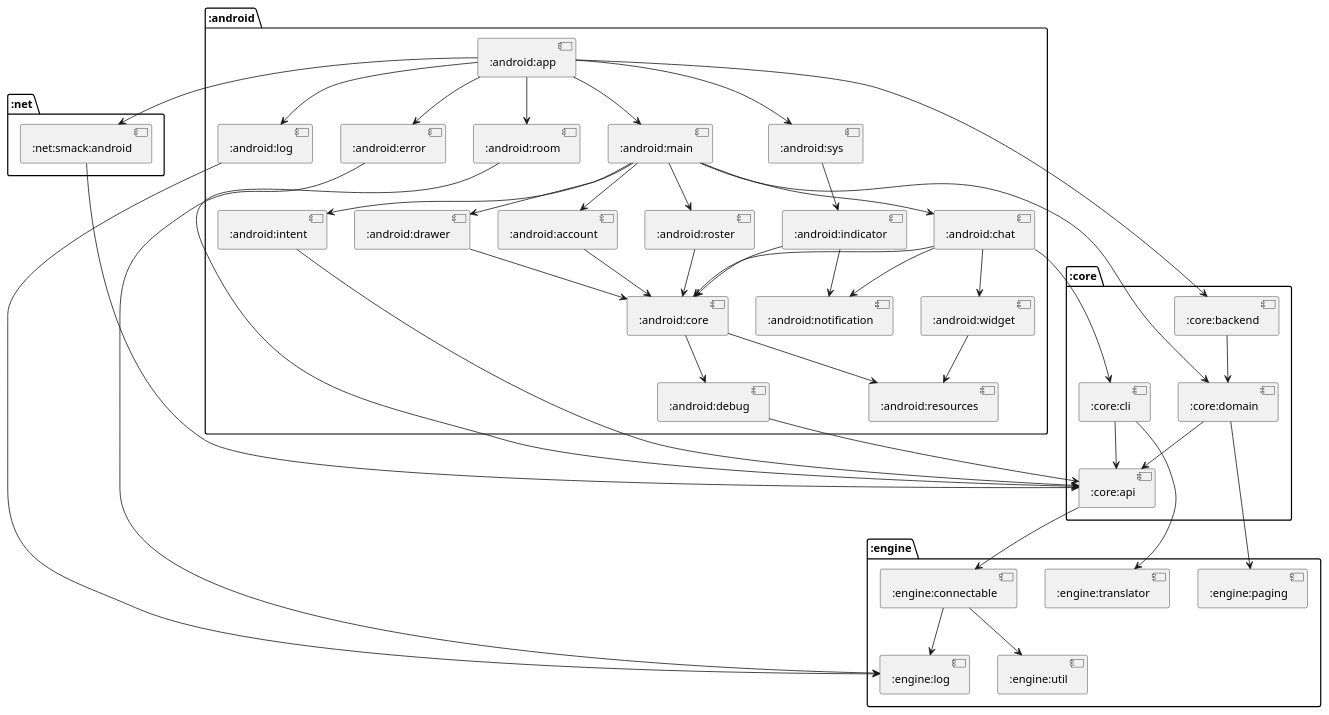
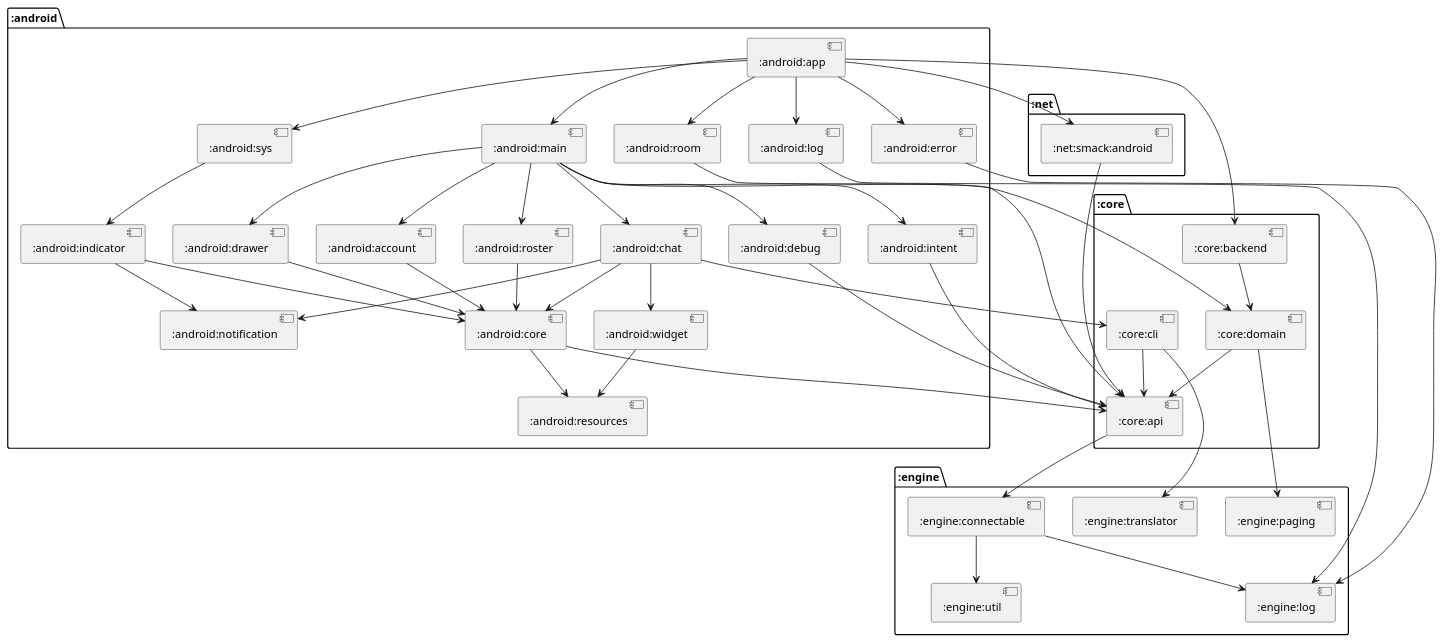
One commit to cryptopunkscc/crypton changed the diagram in docs/modules/puml/:android:app.puml. Above: the diagram before and after it, drawn with PlantUML. The commit also changed 331 other files, not shown here.

```diff
--- a/docs/modules/puml/:android:app.puml
+++ b/docs/modules/puml/:android:app.puml
@@ -1,77 +1,78 @@
 @startuml
 package ":core" {
 [:core:backend]
 [:core:domain]
 [:core:api]
 [:core:cli]
 }
 package ":net" {
 [:net:smack:android]
 }
 package ":android" {
 [:android:room]
 [:android:sys]
 [:android:log]
 [:android:error]
 [:android:main]
 [:android:indicator]
 [:android:core]
 [:android:notification]
 [:android:resources]
 [:android:debug]
 [:android:intent]
 [:android:account]
 [:android:roster]
 [:android:chat]
 [:android:drawer]
 [:android:widget]
 [:android:app]
 }
 package ":engine" {
 [:engine:paging]
 [:engine:connectable]
 [:engine:util]
 [:engine:log]
 [:engine:translator]
 }
 [:core:backend] --> [:core:domain]
 [:net:smack:android] --> [:core:api]
 [:android:room] --> [:core:api]
 [:android:sys] --> [:android:indicator]
 [:android:log] --> [:engine:log]
 [:android:error] --> [:engine:log]
+[:android:main] --> [:android:debug]
 [:android:main] --> [:android:intent]
 [:android:main] --> [:android:account]
 [:android:main] --> [:android:roster]
 [:android:main] --> [:android:chat]
 [:android:main] --> [:android:drawer]
 [:android:main] --> [:core:domain]
 [:core:domain] --> [:engine:paging]
 [:core:domain] --> [:core:api]
 [:core:api] --> [:engine:connectable]
 [:engine:connectable] --> [:engine:util]
 [:engine:connectable] --> [:engine:log]
 [:android:indicator] --> [:android:core]
 [:android:indicator] --> [:android:notification]
+[:android:core] --> [:core:api]
 [:android:core] --> [:android:resources]
-[:android:core] --> [:android:debug]
 [:android:debug] --> [:core:api]
 [:android:intent] --> [:core:api]
 [:android:account] --> [:android:core]
 [:android:roster] --> [:android:core]
 [:android:chat] --> [:android:core]
 [:android:chat] --> [:android:notification]
 [:android:chat] --> [:android:widget]
 [:android:chat] --> [:core:cli]
 [:android:drawer] --> [:android:core]
 [:android:widget] --> [:android:resources]
 [:core:cli] --> [:engine:translator]
 [:core:cli] --> [:core:api]
 [:android:app] --> [:core:backend]
 [:android:app] --> [:net:smack:android]
 [:android:app] --> [:android:room]
 [:android:app] --> [:android:sys]
 [:android:app] --> [:android:log]
 [:android:app] --> [:android:error]
 [:android:app] --> [:android:main]
 @enduml
```
